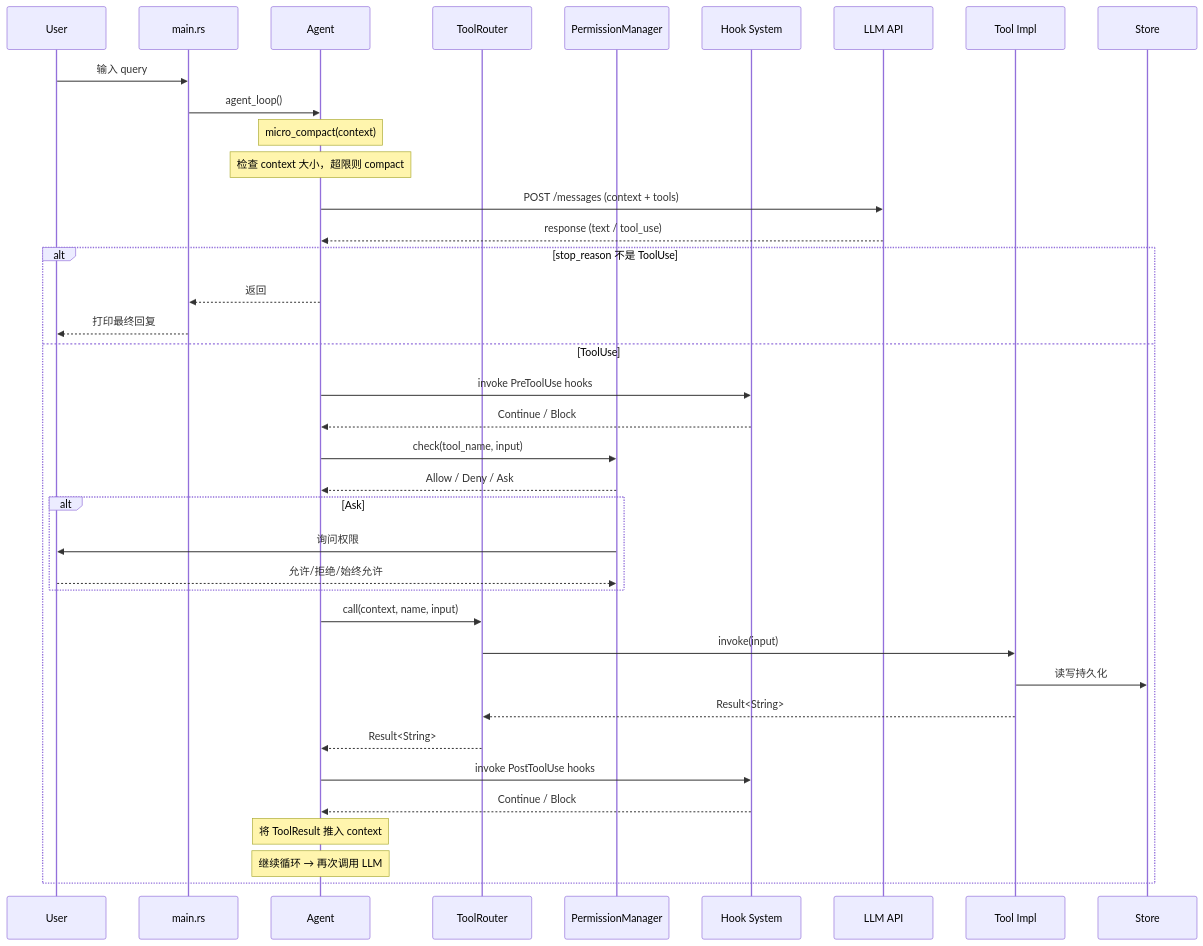
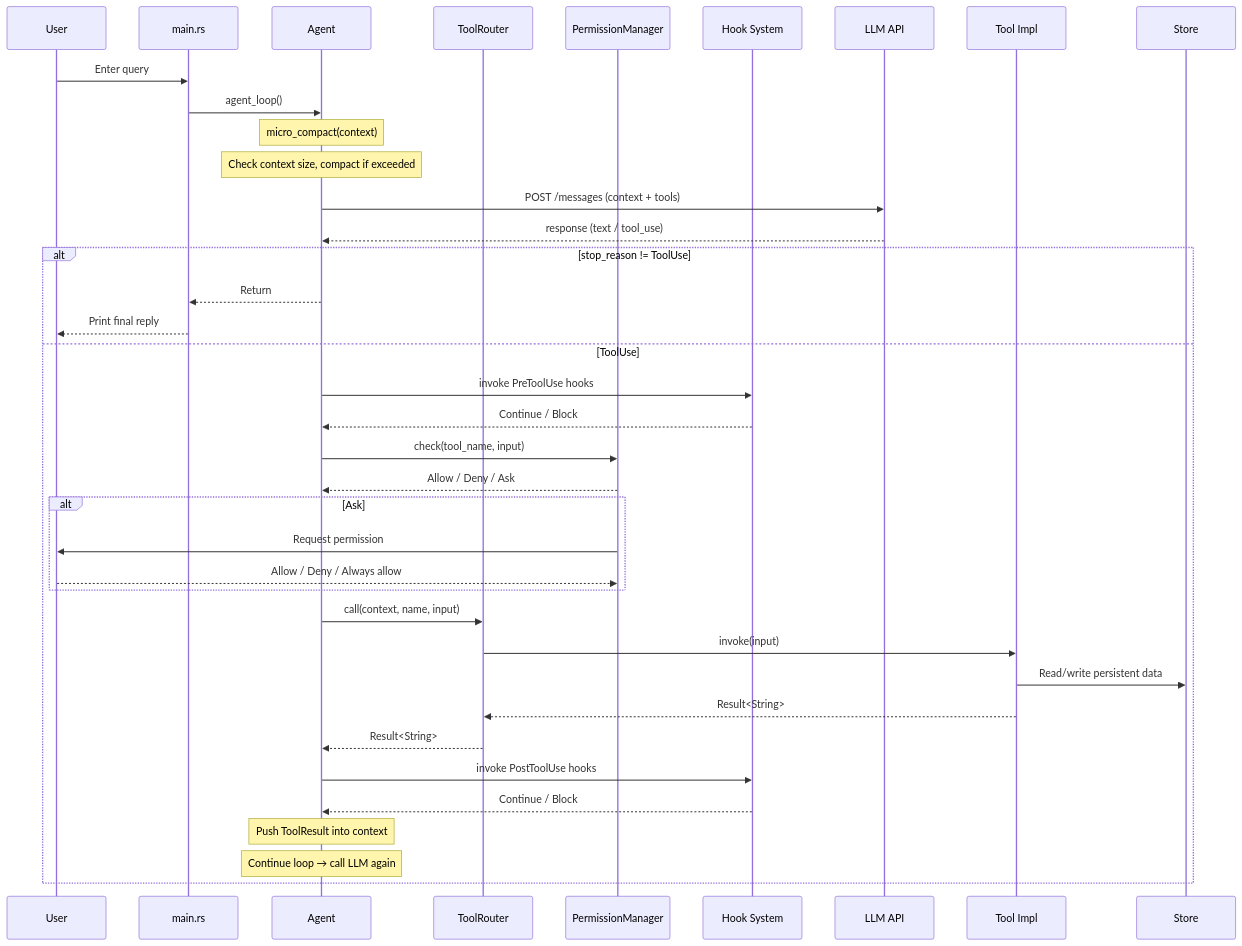
One commit to Rg0x80/tact changed the second of 2 diagrams in crates/tact/architecture.md. Above: the diagram before and after it, drawn with Mermaid. The commit also changed other lines of this file and 50 other files, not shown here.

````diff
--- a/crates/tact/architecture.md
+++ b/crates/tact/architecture.md
@@ -133,47 +133,47 @@
 ```mermaid
 sequenceDiagram
     participant User as User
     participant Main as main.rs
     participant Agent as Agent
     participant Router as ToolRouter
     participant Perm as PermissionManager
     participant Hooks as Hook System
     participant LLM as LLM API
     participant Tool as Tool Impl
     participant Store as Store
 
-    User->>Main: 输入 query
+    User->>Main: Enter query
     Main->>Agent: agent_loop()
     Note over Agent: micro_compact(context)
-    Note over Agent: 检查 context 大小，超限则 compact
+    Note over Agent: Check context size, compact if exceeded
 
     Agent->>LLM: POST /messages (context + tools)
     LLM-->>Agent: response (text / tool_use)
 
-    alt stop_reason 不是 ToolUse
-        Agent-->>Main: 返回
-        Main-->>User: 打印最终回复
+    alt stop_reason != ToolUse
+        Agent-->>Main: Return
+        Main-->>User: Print final reply
     else ToolUse
         Agent->>Hooks: invoke PreToolUse hooks
         Hooks-->>Agent: Continue / Block
 
         Agent->>Perm: check(tool_name, input)
         Perm-->>Agent: Allow / Deny / Ask
         alt Ask
-            Perm->>User: 询问权限
-            User-->>Perm: 允许/拒绝/始终允许
+            Perm->>User: Request permission
+            User-->>Perm: Allow / Deny / Always allow
         end
 
         Agent->>Router: call(context, name, input)
         Router->>Tool: invoke(input)
-        Tool->>Store: 读写持久化
+        Tool->>Store: Read/write persistent data
         Tool-->>Router: Result<String>
         Router-->>Agent: Result<String>
 
         Agent->>Hooks: invoke PostToolUse hooks
         Hooks-->>Agent: Continue / Block
 
-        Note over Agent: 将 ToolResult 推入 context
-        Note over Agent: 继续循环 → 再次调用 LLM
+        Note over Agent: Push ToolResult into context
+        Note over Agent: Continue loop → call LLM again
     end
 ```
````
